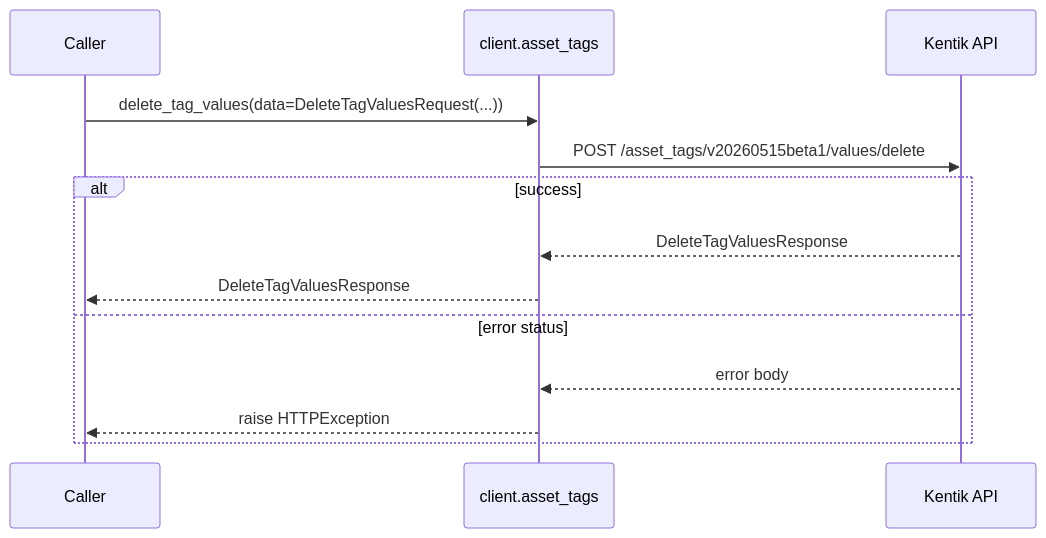
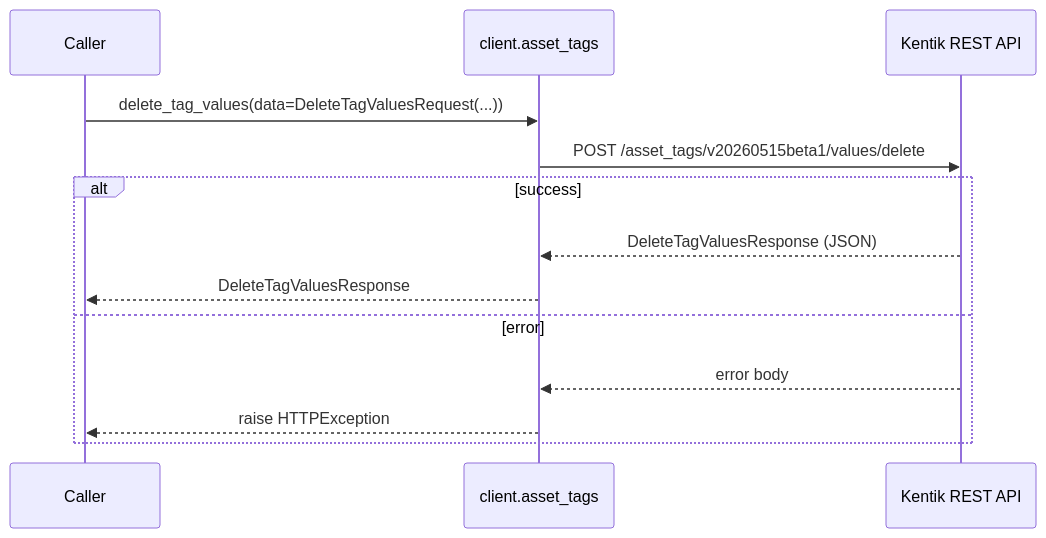
One commit to alexdearaujo/community_sdk_python changed diagram 18 of 20 in docs/sphinx/services/asset_tags.md. Above: the diagram before and after it, drawn with Mermaid. The commit also changed other lines of this file and 61 other files, not shown here.

````diff
--- a/docs/sphinx/services/asset_tags.md
+++ b/docs/sphinx/services/asset_tags.md
@@ -431,16 +633,16 @@
 ```mermaid
 sequenceDiagram
     participant C as Caller
     participant W as client.asset_tags
-    participant API as Kentik API
+    participant API as Kentik REST API
 
     C->>W: delete_tag_values(data=DeleteTagValuesRequest(...))
     W->>API: POST /asset_tags/v20260515beta1/values/delete
     alt success
-        API-->>W: DeleteTagValuesResponse
+        API-->>W: DeleteTagValuesResponse (JSON)
         W-->>C: DeleteTagValuesResponse
-    else error status
+    else error
         API-->>W: error body
         W-->>C: raise HTTPException
     end
 ```
````
